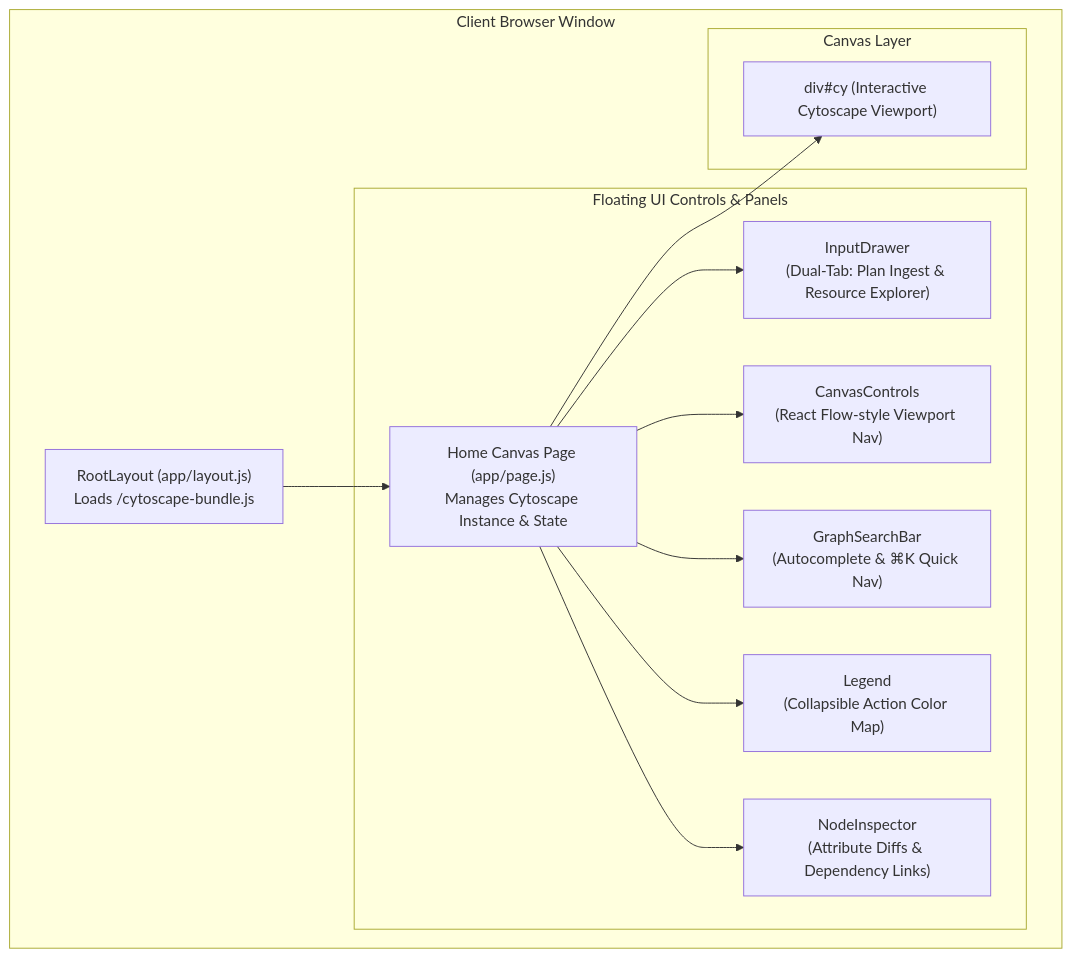
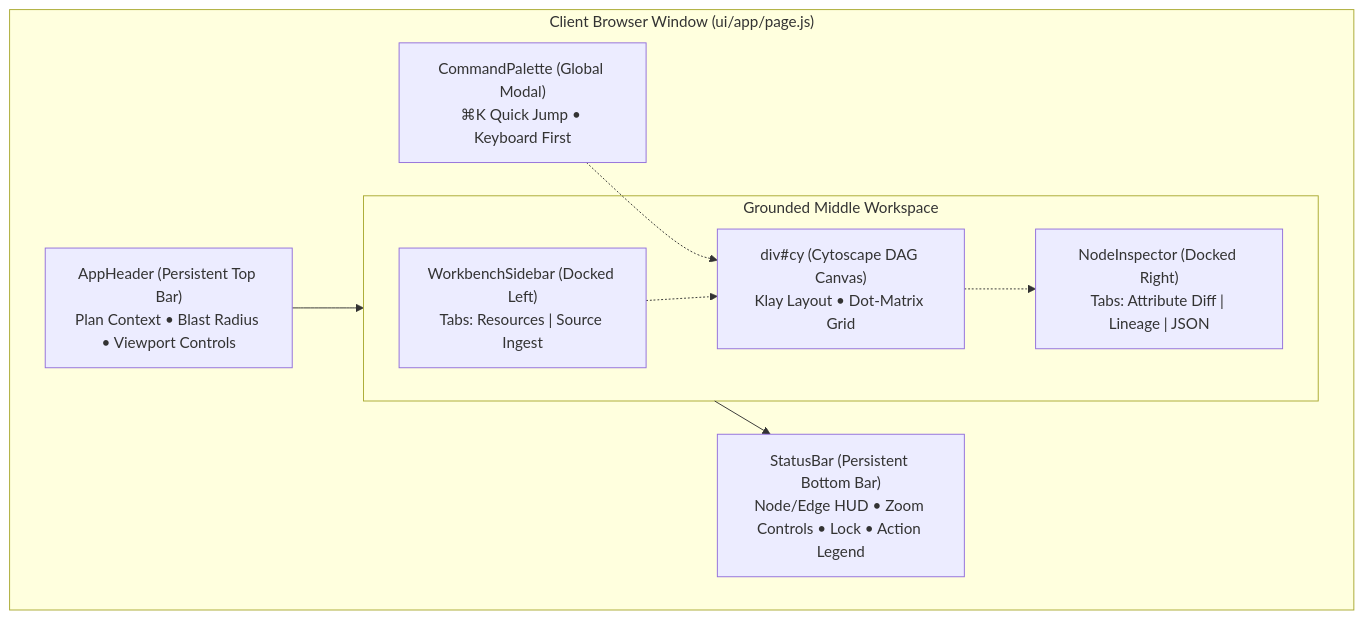
Before and after one commit to AatirNadim/plan-parse: the first of 2 diagrams in ui/README.md, drawn with Mermaid. The commit also changed other lines of this file and 6 other files, not shown here.

First line of the commit message:
refactor: Revamp UI documentation and component architecture for Developer Workbench

````diff
--- a/ui/README.md
+++ b/ui/README.md
@@ -16,21 +17,21 @@
 ```mermaid
 flowchart TD
-    subgraph Browser["Client Browser Window"]
-        Layout["RootLayout (app/layout.js)<br/>Loads /cytoscape-bundle.js"]
-        Page["Home Canvas Page (app/page.js)<br/>Manages Cytoscape Instance & State"]
+    subgraph Browser["Client Browser Window (ui/app/page.js)"]
+        Header["AppHeader (Persistent Top Bar)<br/>Plan Context • Blast Radius • Viewport Controls"]
 
-        Layout --> Page
-
-        subgraph FloatingOverlays["Floating UI Controls & Panels"]
-            Page --> InputDrawer["InputDrawer<br/>(Dual-Tab: Plan Ingest & Resource Explorer)"]
-            Page --> CanvasControls["CanvasControls<br/>(React Flow-style Viewport Nav)"]
-            Page --> GraphSearchBar["GraphSearchBar<br/>(Autocomplete & ⌘K Quick Nav)"]
-            Page --> Legend["Legend<br/>(Collapsible Action Color Map)"]
-            Page --> NodeInspector["NodeInspector<br/>(Attribute Diffs & Dependency Links)"]
+        subgraph WorkbenchBody["Grounded Middle Workspace"]
+            Sidebar["WorkbenchSidebar (Docked Left)<br/>Tabs: Resources | Source Ingest"]
+            Canvas["div#cy (Cytoscape DAG Canvas)<br/>Klay Layout • Dot-Matrix Grid"]
+            Inspector["NodeInspector (Docked Right)<br/>Tabs: Attribute Diff | Lineage | JSON"]
         end
 
-        subgraph CanvasDOM["Canvas Layer"]
-            Page --> CyContainer["div#cy (Interactive Cytoscape Viewport)"]
-        end
+        Status["StatusBar (Persistent Bottom Bar)<br/>Node/Edge HUD • Zoom Controls • Lock • Action Legend"]
+        Palette["CommandPalette (Global Modal)<br/>⌘K Quick Jump • Keyboard First"]
+
+        Header --> WorkbenchBody
+        WorkbenchBody --> Status
+        Sidebar -.-> Canvas
+        Canvas -.-> Inspector
+        Palette -.-> Canvas
     end
 ```
````
